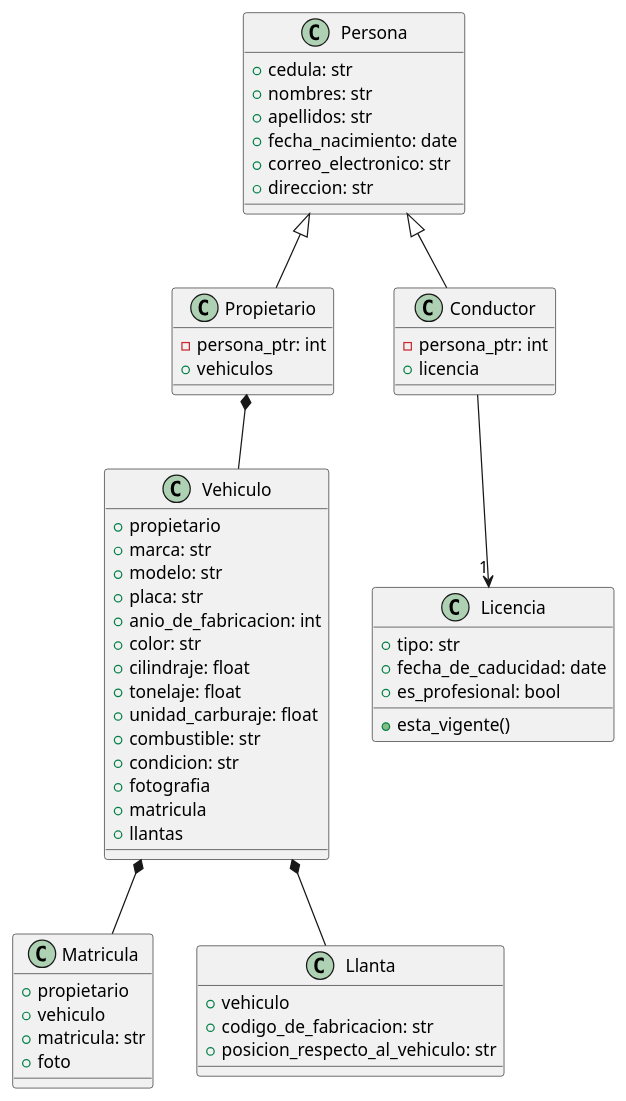
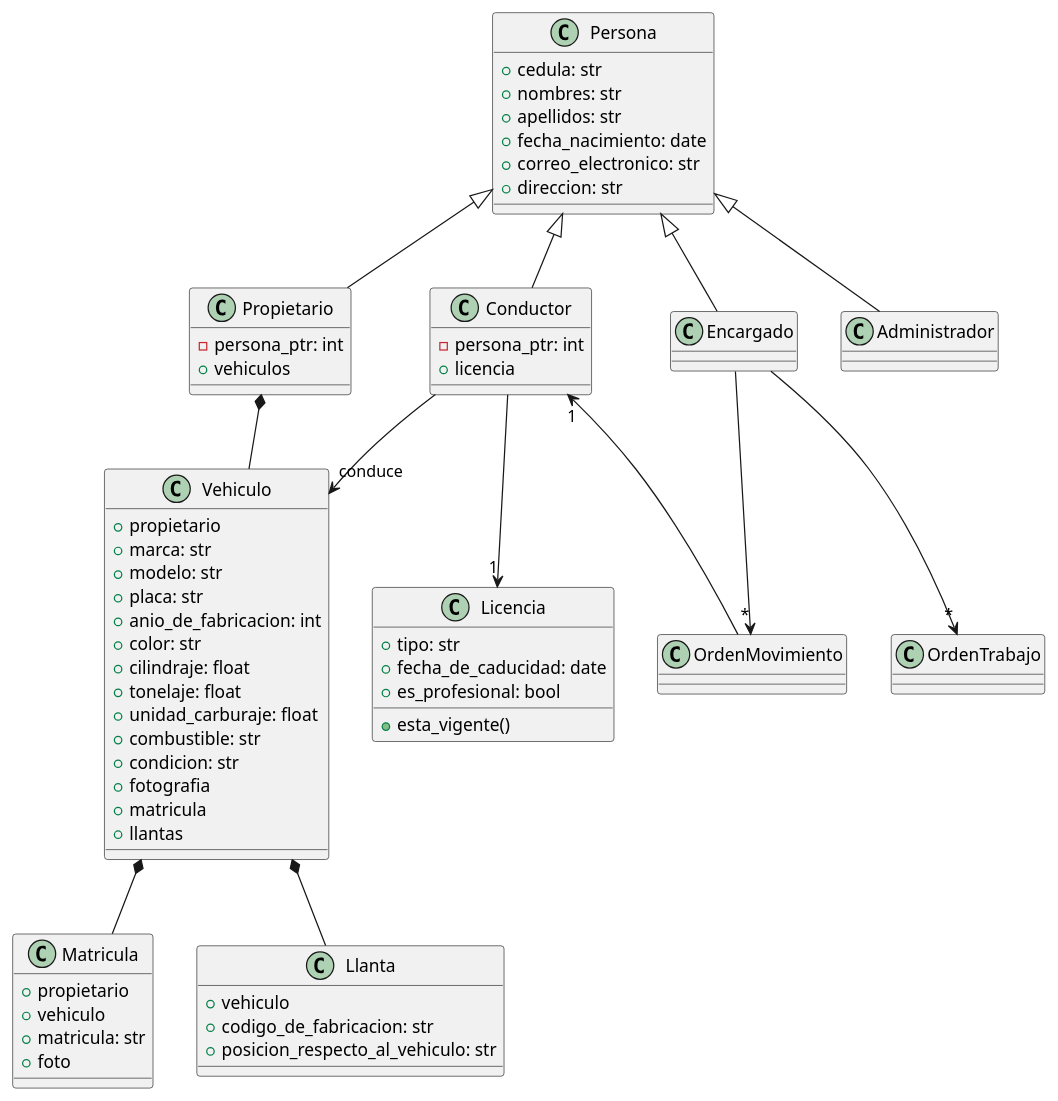
One commit to xeland314/acv_system changed the diagram in docs/db.puml. Above: the diagram before and after it, drawn with PlantUML. The commit also changed 4 other files, not shown here.

Commit message:
add responsable field to OrdenMovimiento

```diff
--- a/docs/db.puml
+++ b/docs/db.puml
@@ -1,66 +1,82 @@
 @startuml DB
 
 class Persona {
     +cedula: str
     +nombres: str
     +apellidos: str
     +fecha_nacimiento: date
     +correo_electronico: str
     +direccion: str
 }
 
 class Propietario {
     -persona_ptr: int
     +vehiculos
 }
 
 class Conductor {
     -persona_ptr: int
     +licencia
+}
+
+class Encargado {
+
+}
+
+class Administrador {
+
 }
 
 class Vehiculo {
     +propietario
     +marca: str
     +modelo: str
     +placa: str
     +anio_de_fabricacion: int
     +color: str
     +cilindraje: float
     +tonelaje: float
     +unidad_carburaje: float
     +combustible: str
     +condicion: str
     +fotografia
     +matricula
     +llantas
 }
 
 class Licencia {
     +tipo: str
     +fecha_de_caducidad: date
     +es_profesional: bool
     +esta_vigente()
 }
 
 class Matricula {
     +propietario
     +vehiculo
     +matricula: str
     +foto
 }
 
 class Llanta {
     +vehiculo
     +codigo_de_fabricacion: str
     +posicion_respecto_al_vehiculo: str
 }
 
 Persona <|-- Propietario
 Persona <|-- Conductor
+Persona <|-- Encargado
+Persona <|-- Administrador
 Propietario *-- Vehiculo
 Conductor --> "1" Licencia
+Conductor --> "conduce" Vehiculo
 Vehiculo *-- Matricula
 Vehiculo *-- Llanta
 
+Encargado --> "*" OrdenTrabajo
+Encargado --> "*" OrdenMovimiento
+
+OrdenMovimiento -left-> "1" Conductor
+
 @enduml
```
